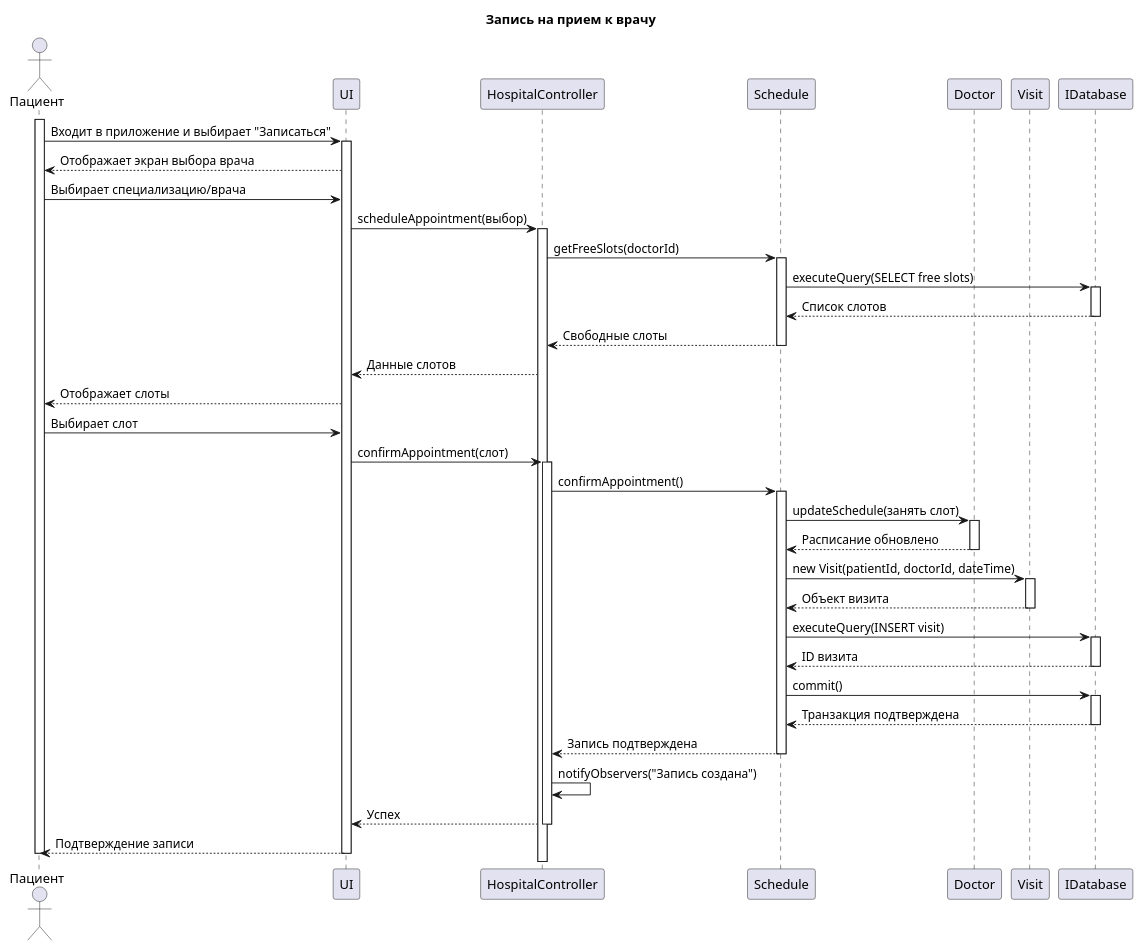
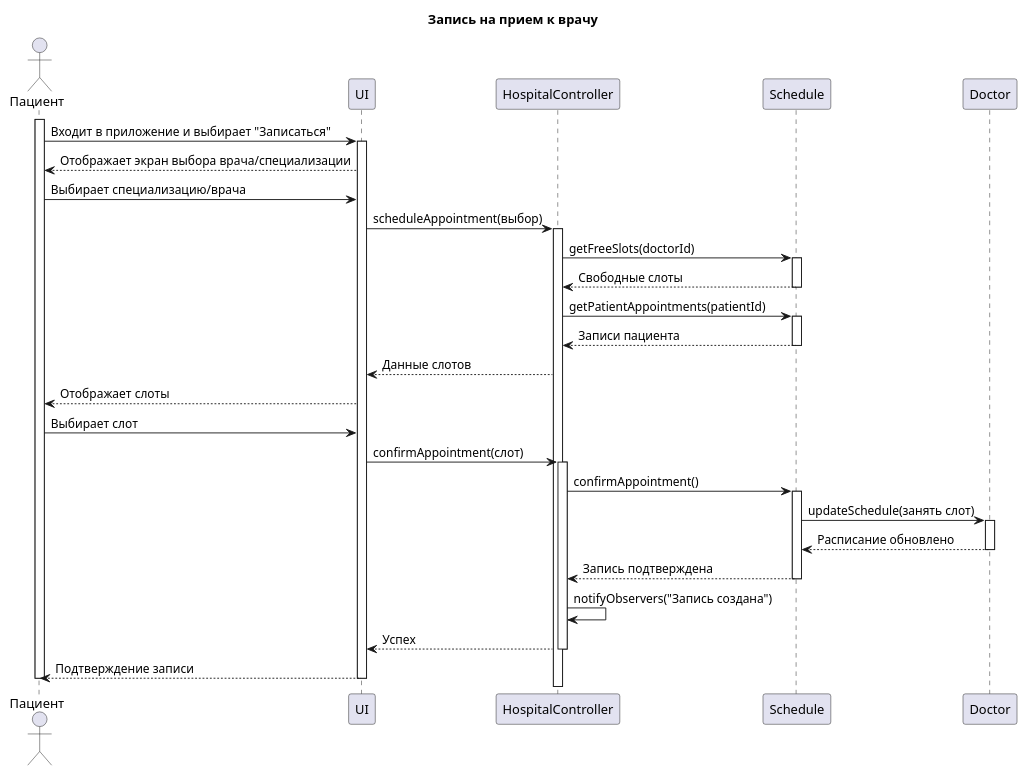
The diagram in UseCase_Scheduling_an_appointment/SequenceDiagram.md (penamarth/bsbo-02-23_team5_var3_clinic), drawn with PlantUML before and after one commit. The commit also changed 1 other file, not shown here.

Commit message:
fixed usecase

```diff
--- a/UseCase_Scheduling_an_appointment/SequenceDiagram.md
+++ b/UseCase_Scheduling_an_appointment/SequenceDiagram.md
@@ -1,56 +1,42 @@
 @startuml
 title Запись на прием к врачу
 actor "Пациент" as Patient
 participant "UI" as UI
 participant "HospitalController" as HC
 participant "Schedule" as S
 participant "Doctor" as D
-participant "Visit" as V
-participant "IDatabase" as DB
 activate Patient
 Patient -> UI: Входит в приложение и выбирает "Записаться"
 activate UI
-UI --> Patient: Отображает экран выбора врача
+UI --> Patient: Отображает экран выбора врача/специализации
 Patient -> UI: Выбирает специализацию/врача
 UI -> HC: scheduleAppointment(выбор)
 activate HC
 HC -> S: getFreeSlots(doctorId)
 activate S
-S -> DB: executeQuery(SELECT free slots)
-activate DB
-DB --> S: Список слотов
-deactivate DB
 S --> HC: Свободные слоты
+deactivate S
+HC -> S: getPatientAppointments(patientId)
+activate S
+S --> HC: Записи пациента
 deactivate S
 HC --> UI: Данные слотов
 UI --> Patient: Отображает слоты
 Patient -> UI: Выбирает слот
 UI -> HC: confirmAppointment(слот)
 activate HC
 HC -> S: confirmAppointment()
 activate S
 S -> D: updateSchedule(занять слот)
 activate D
 D --> S: Расписание обновлено
 deactivate D
-S -> V: new Visit(patientId, doctorId, dateTime)
-activate V
-V --> S: Объект визита
-deactivate V
-S -> DB: executeQuery(INSERT visit)
-activate DB
-DB --> S: ID визита
-deactivate DB
-S -> DB: commit()
-activate DB
-DB --> S: Транзакция подтверждена
-deactivate DB
 S --> HC: Запись подтверждена
 deactivate S
 HC -> HC: notifyObservers("Запись создана")
 HC --> UI: Успех
 deactivate HC
 UI --> Patient: Подтверждение записи
 deactivate UI
 deactivate Patient
 @enduml
```
